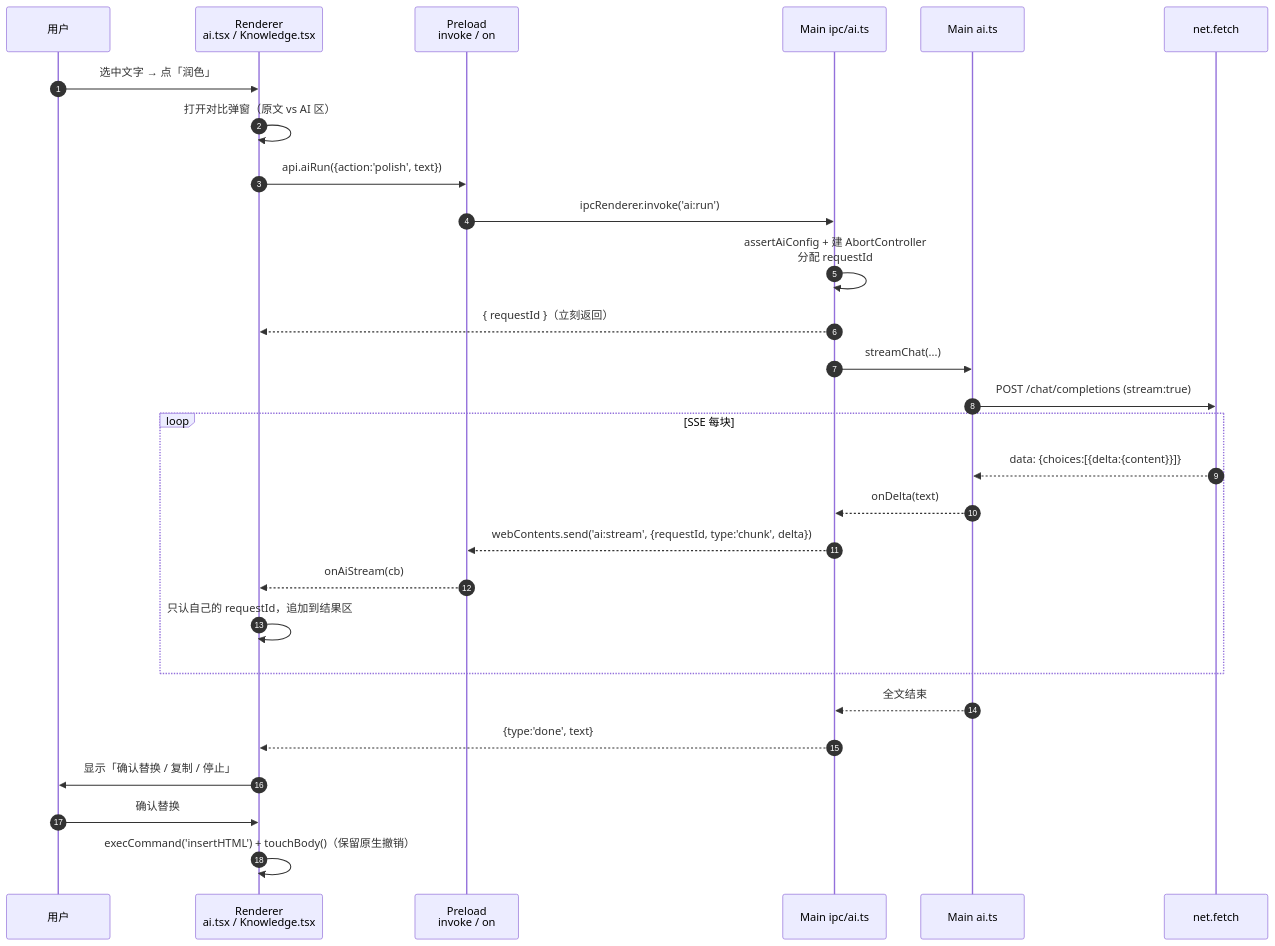
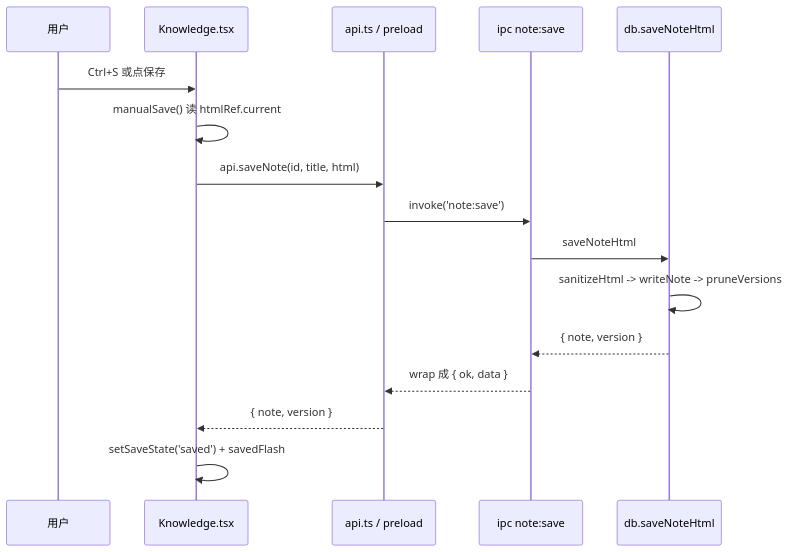
Before and after one commit to x-000001/zhishiku: the second of 2 diagrams in TECH_REPORT.md, drawn with Mermaid. The commit also changed other lines of this file and 1 other file, not shown here.

````diff
--- a/TECH_REPORT.md
+++ b/TECH_REPORT.md
@@ -153,31 +131,18 @@
 ```mermaid
 sequenceDiagram
-  autonumber
   participant U as 用户
-  participant R as Renderer<br/>ai.tsx / Knowledge.tsx
-  participant PL as Preload<br/>invoke / on
-  participant IPC as Main ipc/ai.ts
-  participant AIC as Main ai.ts
-  participant N as net.fetch
-
-  U->>R: 选中文字 → 点「润色」
-  R->>R: 打开对比弹窗（原文 vs AI 区）
-  R->>PL: api.aiRun({action:'polish', text})
-  PL->>IPC: ipcRenderer.invoke('ai:run')
-  IPC->>IPC: assertAiConfig + 建 AbortController<br/>分配 requestId
-  IPC-->>R: { requestId }（立刻返回）
-  IPC->>AIC: streamChat(...)
-  AIC->>N: POST /chat/completions (stream:true)
-  loop SSE 每块
-    N-->>AIC: data: {choices:[{delta:{content}}]}
-    AIC-->>IPC: onDelta(text)
-    IPC-->>PL: webContents.send('ai:stream', {requestId, type:'chunk', delta})
-    PL-->>R: onAiStream(cb)
-    R->>R: 只认自己的 requestId，追加到结果区
-  end
-  AIC-->>IPC: 全文结束
-  IPC-->>R: {type:'done', text}
-  R->>U: 显示「确认替换 / 复制 / 停止」
-  U->>R: 确认替换
-  R->>R: execCommand('insertHTML') + touchBody()（保留原生撤销）
+  participant K as Knowledge.tsx
+  participant A as api.ts / preload
+  participant I as ipc note:save
+  participant D as db.saveNoteHtml
+  U->>K: Ctrl+S 或点保存
+  K->>K: manualSave() 读 htmlRef.current
+  K->>A: api.saveNote(id, title, html)
+  A->>I: invoke('note:save')
+  I->>D: saveNoteHtml
+  D->>D: sanitizeHtml -> writeNote -> pruneVersions
+  D-->>I: { note, version }
+  I-->>A: wrap 成 { ok, data }
+  A-->>K: { note, version }
+  K->>K: setSaveState('saved') + savedFlash
 ```
````
